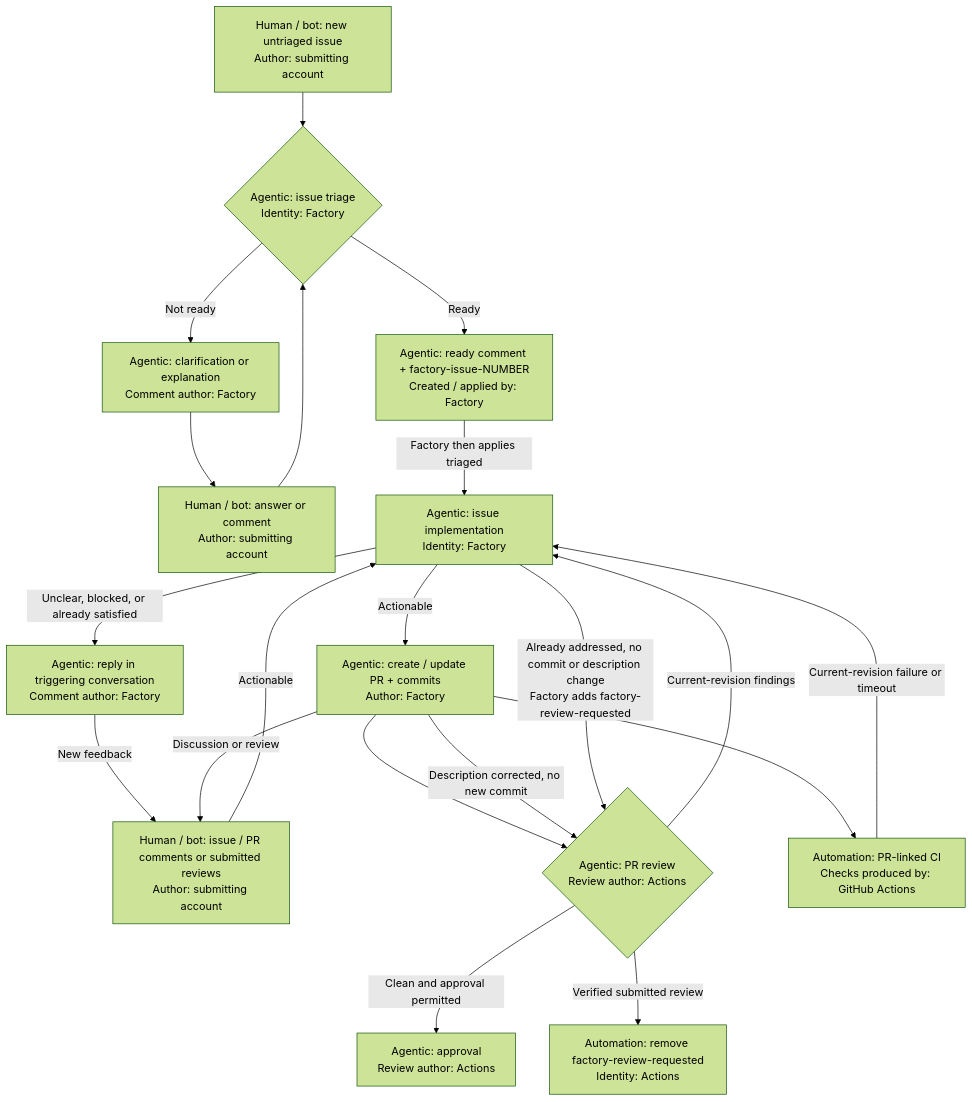
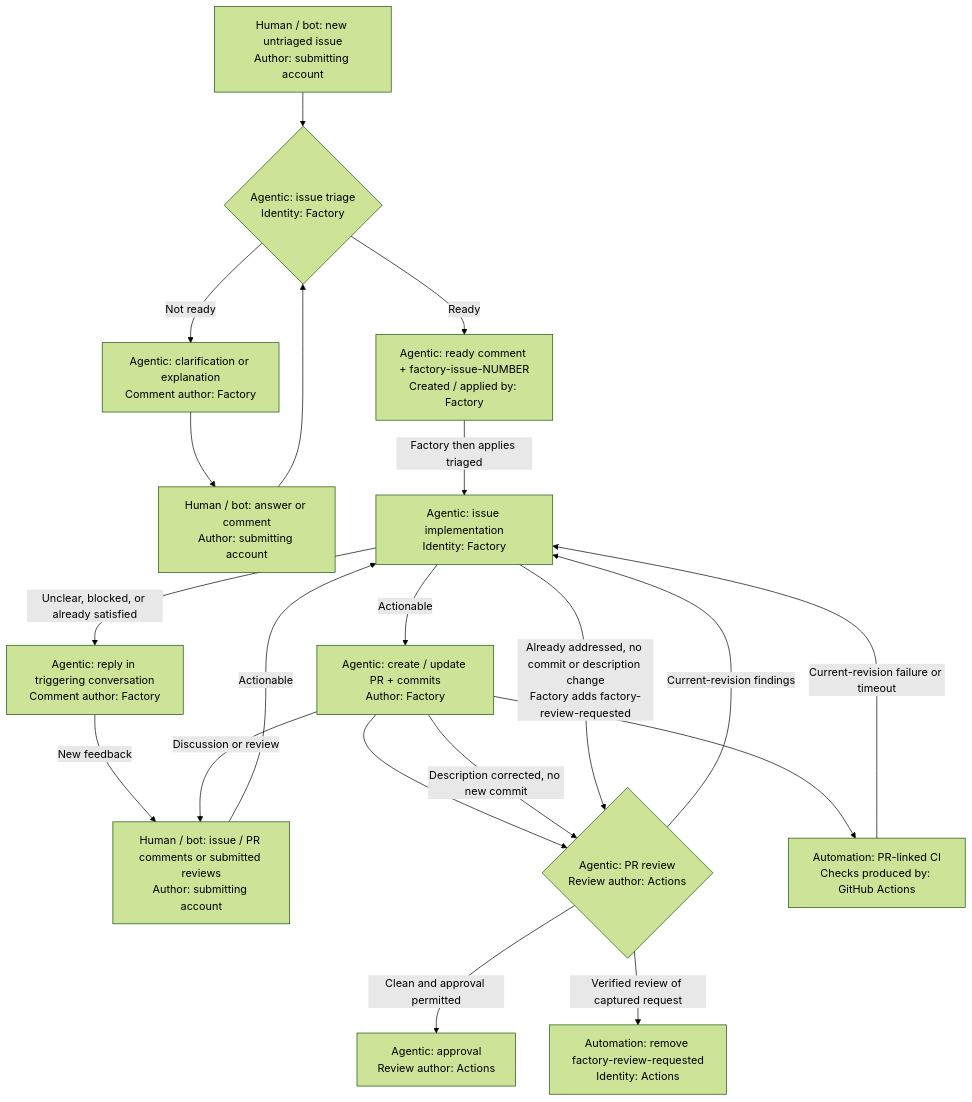
One commit to VasiliyNovikov/Factory changed the diagram in README.md. Above: the diagram before and after it, drawn with Mermaid (forest theme). The commit also changed 5 other files, not shown here.

````diff
--- a/README.md
+++ b/README.md
@@ -22,22 +22,22 @@
 ```mermaid
 flowchart TD
     issue["Human / bot: new untriaged issue<br/>Author: submitting account"] --> triage{"Agentic: issue triage<br/>Identity: Factory"}
     triage -->|Not ready| clarification["Agentic: clarification or explanation<br/>Comment author: Factory"]
     clarification --> answer["Human / bot: answer or comment<br/>Author: submitting account"]
     answer --> triage
     triage -->|Ready| tracking["Agentic: ready comment + factory-issue-NUMBER<br/>Created / applied by: Factory"]
     tracking -->|Factory then applies triaged| implementation["Agentic: issue implementation<br/>Identity: Factory"]
     implementation -->|Actionable| pr["Agentic: create / update PR + commits<br/>Author: Factory"]
     implementation -->|Unclear, blocked, or already satisfied| reply["Agentic: reply in triggering conversation<br/>Comment author: Factory"]
     reply -->|New feedback| feedback["Human / bot: issue / PR comments or submitted reviews<br/>Author: submitting account"]
     feedback -->|Actionable| implementation
     pr --> review{"Agentic: PR review<br/>Review author: Actions"}
     pr -->|Description corrected, no new commit| review
     implementation -->|Already addressed, no commit or description change<br/>Factory adds factory-review-requested| review
     review -->|Current-revision findings| implementation
     review -->|Clean and approval permitted| approval["Agentic: approval<br/>Review author: Actions"]
-    review -->|Verified submitted review| consumed["Automation: remove factory-review-requested<br/>Identity: Actions"]
+    review -->|Verified review of captured request| consumed["Automation: remove factory-review-requested<br/>Identity: Actions"]
     pr --> ci["Automation: PR-linked CI<br/>Checks produced by: GitHub Actions"]
     pr -->|Discussion or review| feedback
     ci -->|Current-revision failure or timeout| implementation
 ```
````
